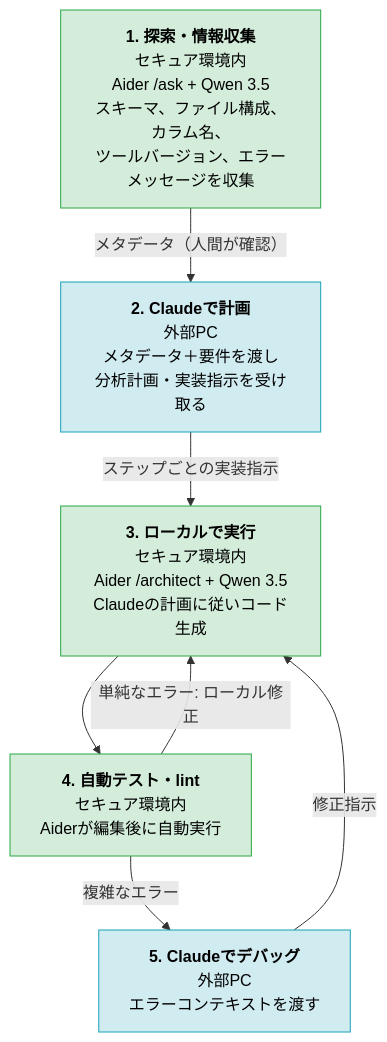
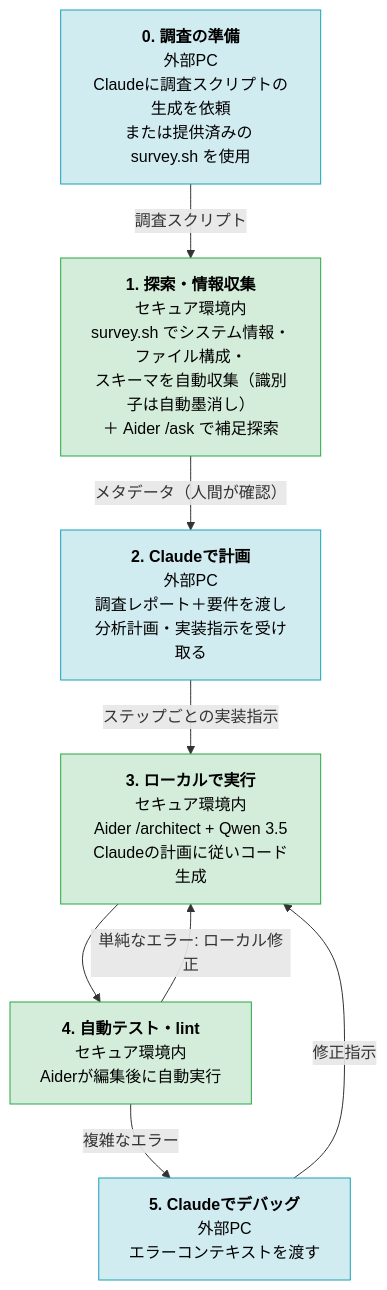
The first of 3 diagrams in strategy.ja.md (inutano/local-llm-coding-strategy), drawn with Mermaid before and after one commit. The commit also changed other lines of this file and 4 other files, not shown here.

````diff
--- a/strategy.ja.md
+++ b/strategy.ja.md
@@ -151,18 +151,20 @@
 ```mermaid
 flowchart TB
-    S1["<b>1. 探索・情報収集</b><br/>セキュア環境内<br/>Aider /ask + Qwen 3.5<br/>スキーマ、ファイル構成、カラム名、<br/>ツールバージョン、エラーメッセージを収集"]:::inside
-    S2["<b>2. Claudeで計画</b><br/>外部PC<br/>メタデータ＋要件を渡し<br/>分析計画・実装指示を受け取る"]:::outside
+    S0["<b>0. 調査の準備</b><br/>外部PC<br/>Claudeに調査スクリプトの生成を依頼<br/>または提供済みの survey.sh を使用"]:::outside
+    S1["<b>1. 探索・情報収集</b><br/>セキュア環境内<br/>survey.sh でシステム情報・ファイル構成・<br/>スキーマを自動収集（識別子は自動墨消し）<br/>＋ Aider /ask で補足探索"]:::inside
+    S2["<b>2. Claudeで計画</b><br/>外部PC<br/>調査レポート＋要件を渡し<br/>分析計画・実装指示を受け取る"]:::outside
     S3["<b>3. ローカルで実行</b><br/>セキュア環境内<br/>Aider /architect + Qwen 3.5<br/>Claudeの計画に従いコード生成"]:::inside
     S4["<b>4. 自動テスト・lint</b><br/>セキュア環境内<br/>Aiderが編集後に自動実行"]:::inside
     S5["<b>5. Claudeでデバッグ</b><br/>外部PC<br/>エラーコンテキストを渡す"]:::outside
 
+    S0 -->|"調査スクリプト"| S1
     S1 -->|"メタデータ（人間が確認）"| S2
     S2 -->|"ステップごとの実装指示"| S3
     S3 --> S4
     S4 -->|"単純なエラー: ローカル修正"| S3
     S4 -->|"複雑なエラー"| S5
     S5 -->|"修正指示"| S3
 
     classDef inside fill:#d4edda,stroke:#28a745,color:#000
     classDef outside fill:#d1ecf1,stroke:#17a2b8,color:#000
 ```
````
